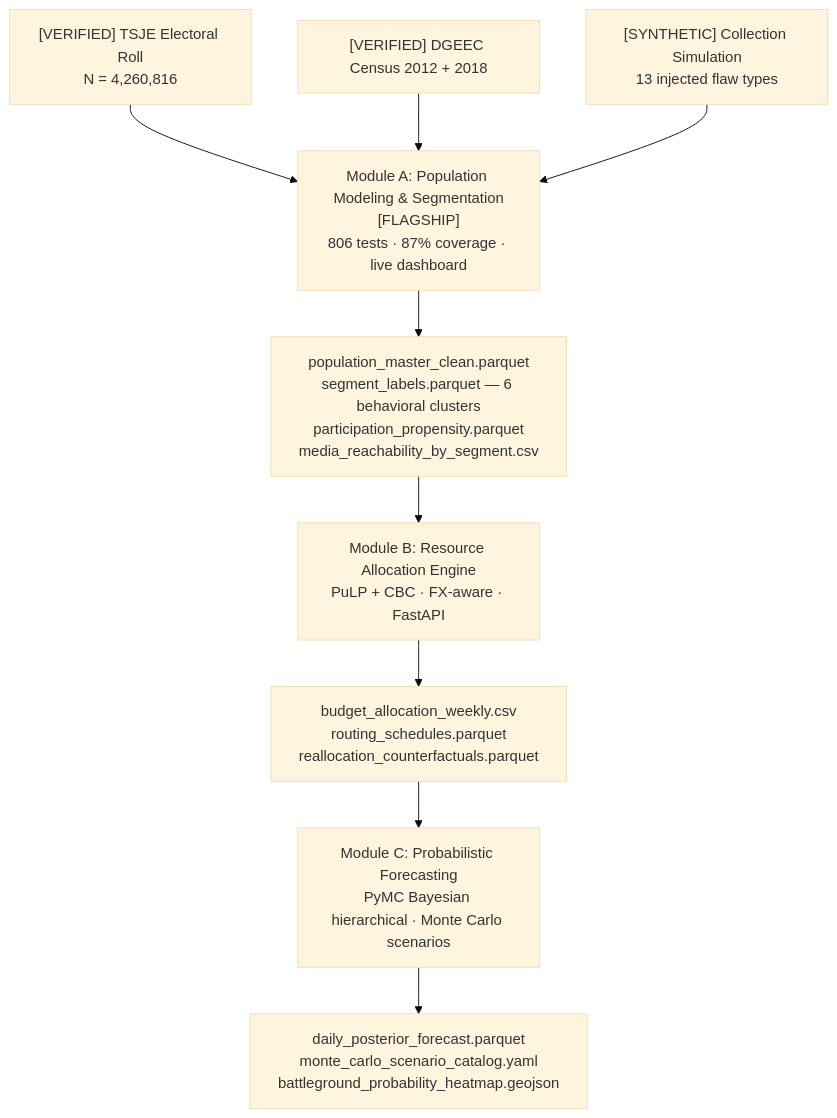
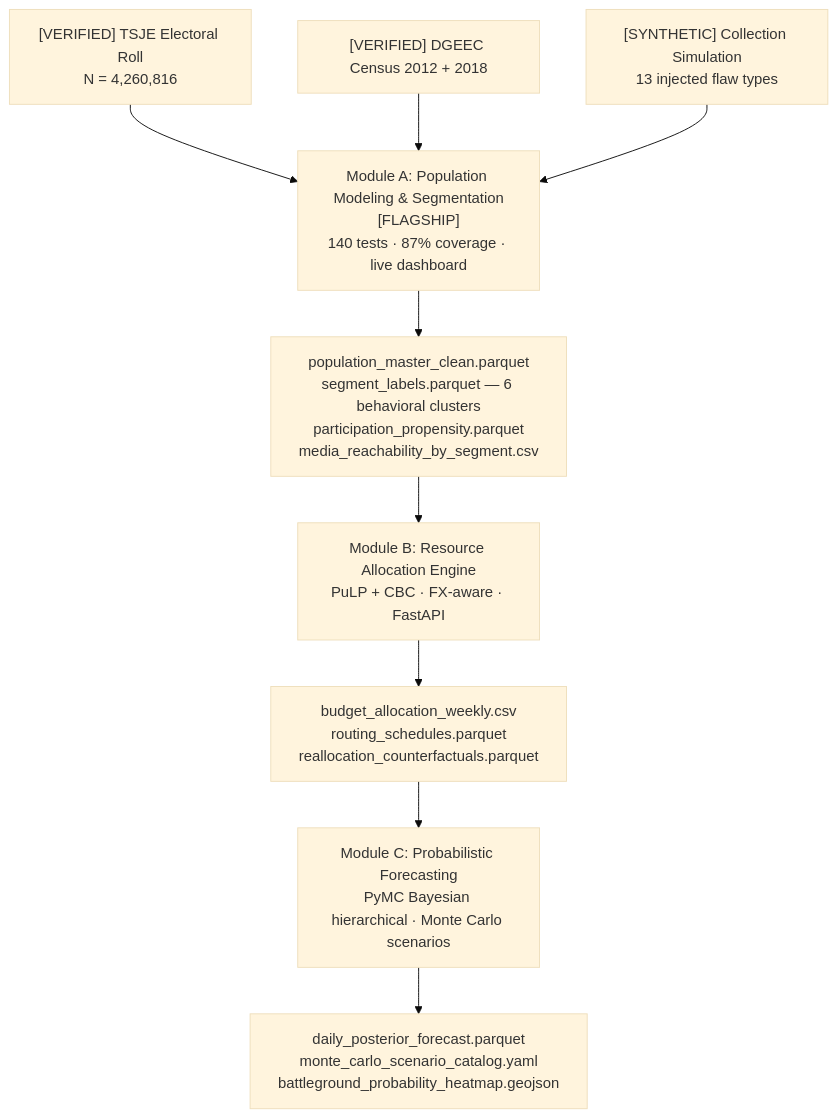
The diagram in README.md (RafaelBraga-Kribitz/decision-analytics-reconstruction), drawn with Mermaid (base theme) before and after one commit. The commit also changed other lines of this file and 6 other files, not shown here.

````diff
--- a/README.md
+++ b/README.md
@@ -102,22 +102,22 @@
 ```mermaid
 flowchart TD
     TSJE["[VERIFIED] TSJE Electoral Roll\nN = 4,260,816"]
     DGEEC["[VERIFIED] DGEEC Census 2012 + 2018"]
     SIM["[SYNTHETIC] Collection Simulation\n13 injected flaw types"]
 
     TSJE --> A
     DGEEC --> A
     SIM --> A
 
-    A["Module A: Population Modeling & Segmentation\n[FLAGSHIP]\n806 tests · 87% coverage · live dashboard"]
+    A["Module A: Population Modeling & Segmentation\n[FLAGSHIP]\n140 tests · 87% coverage · live dashboard"]
 
     A --> AO["population_master_clean.parquet\nsegment_labels.parquet — 6 behavioral clusters\nparticipation_propensity.parquet\nmedia_reachability_by_segment.csv"]
 
     AO --> B["Module B: Resource Allocation Engine\nPuLP + CBC · FX-aware · FastAPI"]
 
     B --> BO["budget_allocation_weekly.csv\nrouting_schedules.parquet\nreallocation_counterfactuals.parquet"]
 
     BO --> C["Module C: Probabilistic Forecasting\nPyMC Bayesian hierarchical · Monte Carlo scenarios"]
 
     C --> CO["daily_posterior_forecast.parquet\nmonte_carlo_scenario_catalog.yaml\nbattleground_probability_heatmap.geojson"]
 ```
````
